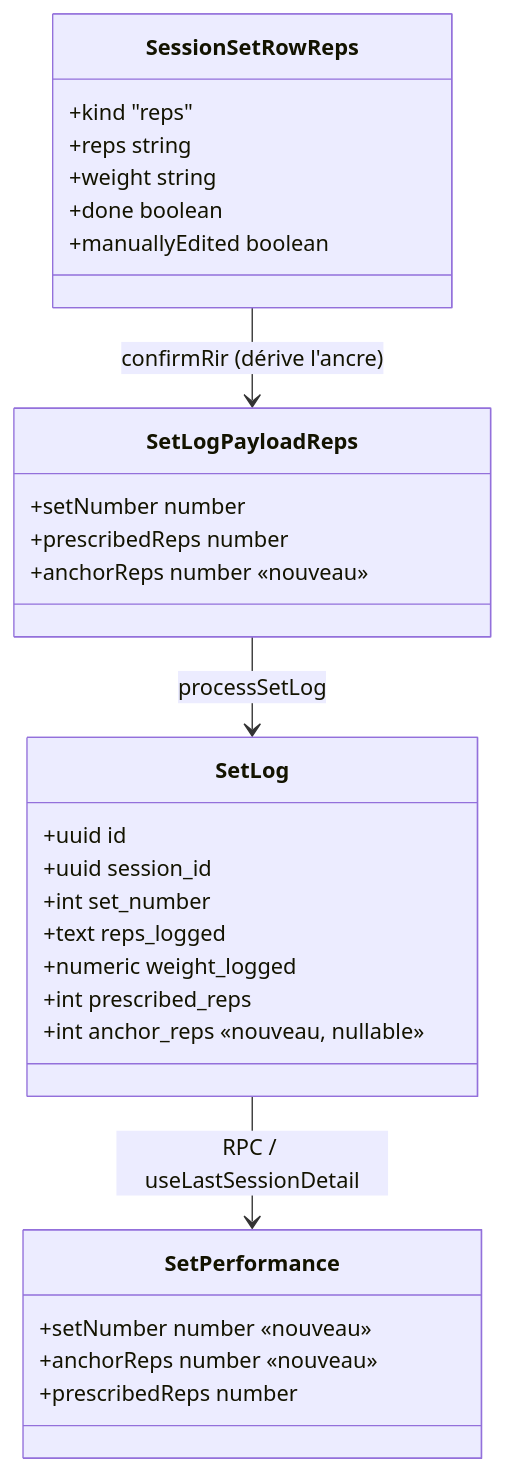
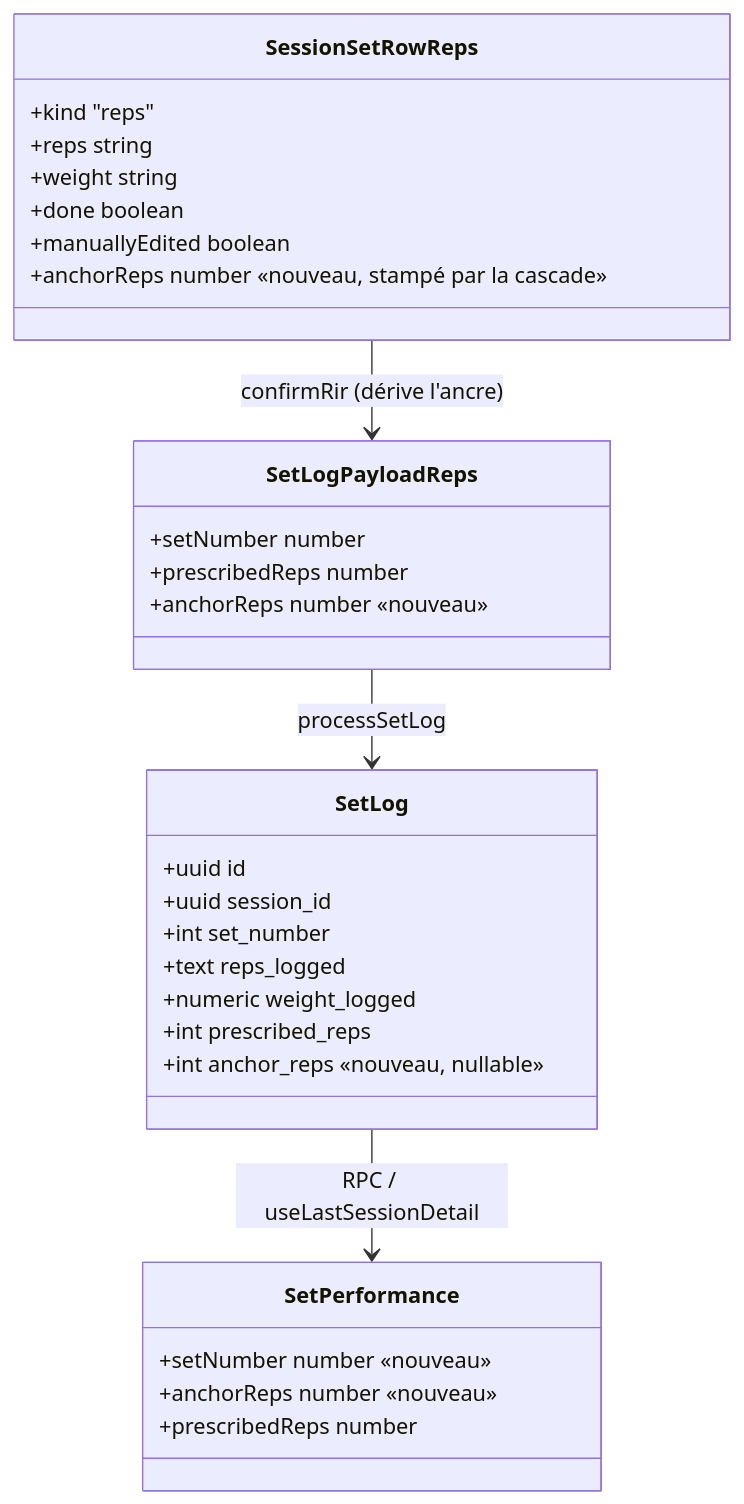
Before and after one commit to PierreTsia/workout-app: the first of 2 diagrams in docs/Tech_Plan_—_Fermeture_de_la_boucle_de_progression_#705.md, drawn with Mermaid. The commit also changed other lines of this file and 2 other files, not shown here.

First line of the commit message:
docs(#705): ADR 0032 + Tech Plan + T705 resynchronisés sur le stamp par la cascade

````diff
--- a/docs/Tech_Plan_—_Fermeture_de_la_boucle_de_progression_#705.md
+++ b/docs/Tech_Plan_—_Fermeture_de_la_boucle_de_progression_#705.md
@@ -46,32 +46,33 @@
 ```mermaid
 classDiagram
   class SetLog {
     +uuid id
     +uuid session_id
     +int set_number
     +text reps_logged
     +numeric weight_logged
     +int prescribed_reps
     +int anchor_reps  «nouveau, nullable»
   }
   class SessionSetRowReps {
     +kind "reps"
     +reps string
     +weight string
     +done boolean
     +manuallyEdited boolean
+    +anchorReps number  «nouveau, stampé par la cascade»
   }
   class SetLogPayloadReps {
     +setNumber number
     +prescribedReps number
     +anchorReps number  «nouveau»
   }
   class SetPerformance {
     +setNumber number  «nouveau»
     +anchorReps number  «nouveau»
     +prescribedReps number
   }
   SessionSetRowReps --> SetLogPayloadReps : confirmRir (dérive l'ancre)
   SetLogPayloadReps --> SetLog : processSetLog
   SetLog --> SetPerformance : RPC / useLastSessionDetail
 ```
````
